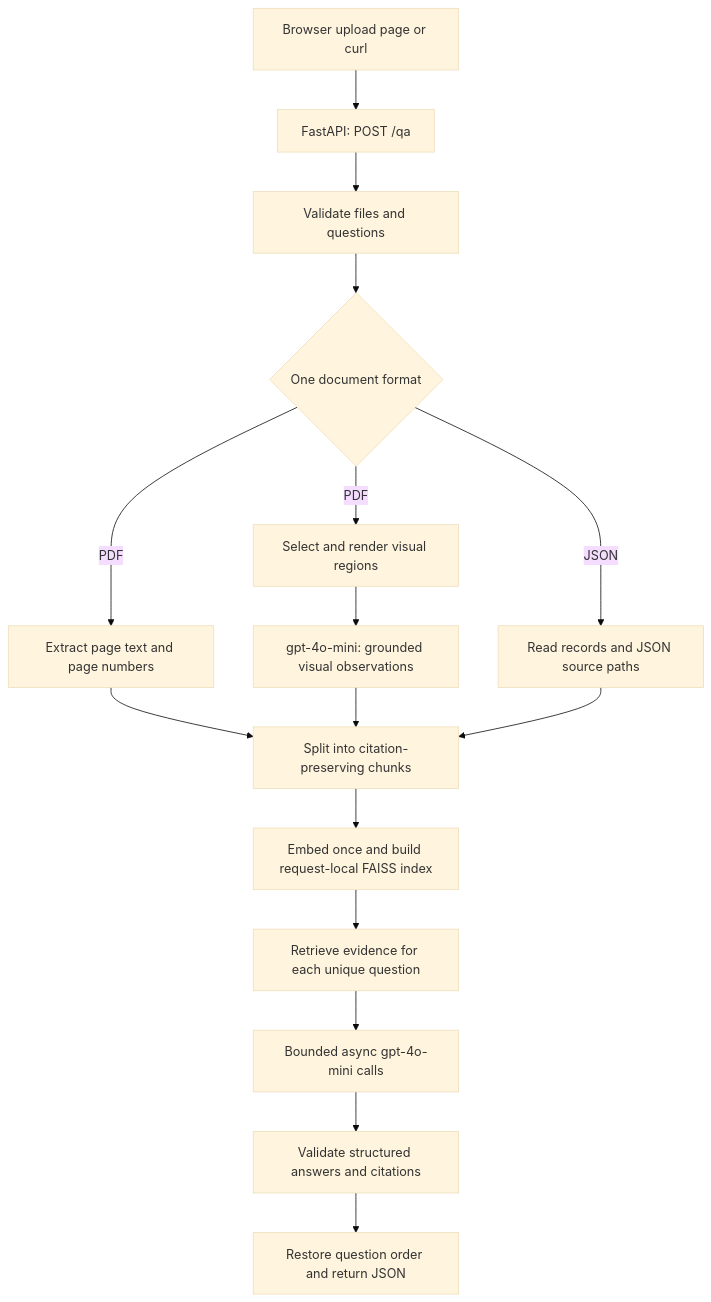
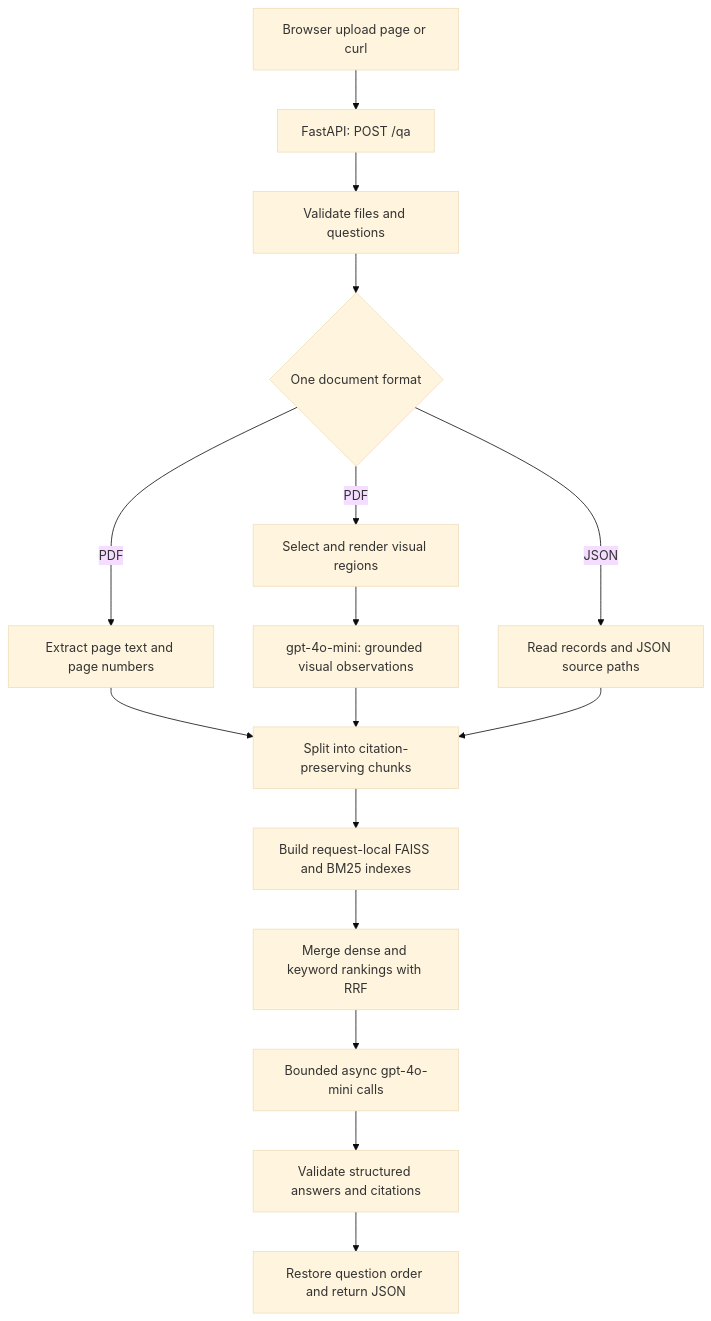
Before and after one commit to JILLXIA/zania_ai: the diagram in docs/design-plan.md, drawn with Mermaid (base theme). The commit also changed other lines of this file and 10 other files, not shown here.

````diff
--- a/docs/design-plan.md
+++ b/docs/design-plan.md
@@ -29,18 +29,18 @@
 ```mermaid
 flowchart TD
     UI[Browser upload page or curl] --> API[FastAPI: POST /qa]
     API --> V[Validate files and questions]
     V --> F{One document format}
     F -->|PDF| P[Extract page text and page numbers]
     F -->|PDF| I[Select and render visual regions]
     I --> M[gpt-4o-mini: grounded visual observations]
     F -->|JSON| J[Read records and JSON source paths]
     P --> C[Split into citation-preserving chunks]
     M --> C
     J --> C
-    C --> E[Embed once and build request-local FAISS index]
-    E --> R[Retrieve evidence for each unique question]
+    C --> E[Build request-local FAISS and BM25 indexes]
+    E --> R[Merge dense and keyword rankings with RRF]
     R --> L[Bounded async gpt-4o-mini calls]
     L --> G[Validate structured answers and citations]
     G --> O[Restore question order and return JSON]
 ```
````
